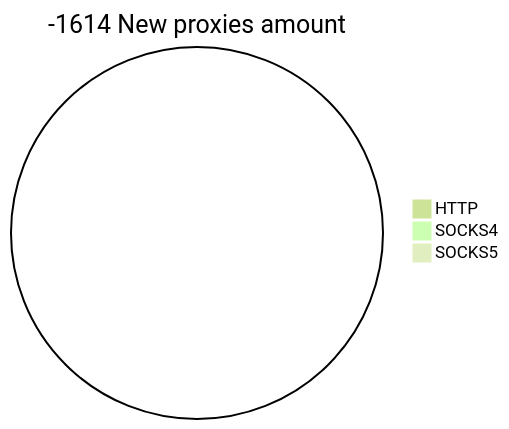
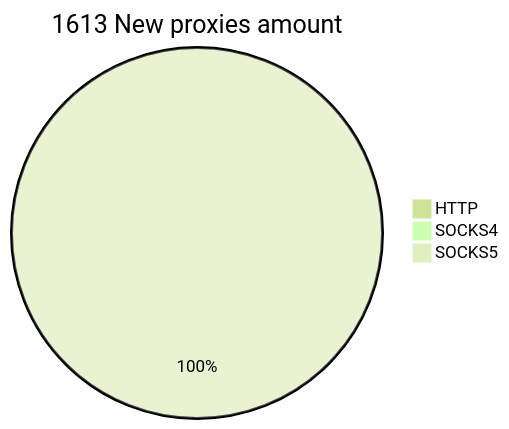
The second of 2 diagrams in README.md (cutipu/proxylist), drawn with Mermaid (forest theme) before and after one commit. The commit also changed other lines of this file, not shown here.

````diff
--- a/README.md
+++ b/README.md
@@ -10,6 +10,6 @@
 ```mermaid
-pie title -1614 New proxies amount
+pie title 1613 New proxies amount
     "HTTP" : 0
     "SOCKS4" : 0
-    "SOCKS5" : 0
+    "SOCKS5" : 1614
 ```
````
